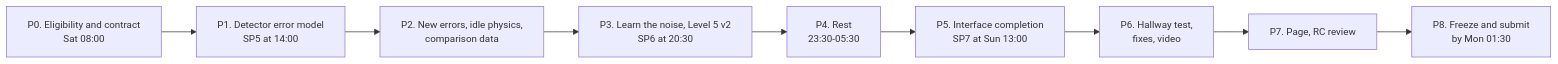
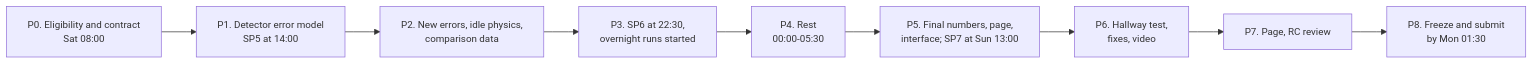
One commit to sahilmp/signal-to-syndrome changed the diagram in docs/signal-to-syndrome-execution-checklist.md. Above: the diagram before and after it, drawn with Mermaid. The commit also changed other lines of this file and 1 other file, not shown here.

````diff
--- a/docs/signal-to-syndrome-execution-checklist.md
+++ b/docs/signal-to-syndrome-execution-checklist.md
@@ -52,12 +58,12 @@
 ```mermaid
 %%{init: {"flowchart": {"curve": "step", "nodeSpacing": 40, "rankSpacing": 50}, "themeVariables": {"fontSize": "14px"}}}%%
 flowchart LR
     P0["P0. Eligibility and contract<br/>Sat 08:00"] --> P1["P1. Detector error model<br/>SP5 at 14:00"]
     P1 --> P2["P2. New errors, idle physics,<br/>comparison data"]
-    P2 --> P3["P3. Learn the noise, Level 5 v2<br/>SP6 at 20:30"]
-    P3 --> P4["P4. Rest<br/>23:30-05:30"]
-    P4 --> P5["P5. Interface completion<br/>SP7 at Sun 13:00"]
+    P2 --> P3["P3. SP6 at 22:30,<br/>overnight runs started"]
+    P3 --> P4["P4. Rest<br/>00:00-05:30"]
+    P4 --> P5["P5. Final numbers, page,<br/>interface; SP7 at Sun 13:00"]
     P5 --> P6["P6. Hallway test,<br/>fixes, video"]
     P6 --> P7["P7. Page, RC review"]
     P7 --> P8["P8. Freeze and submit<br/>by Mon 01:30"]
 ```
````
